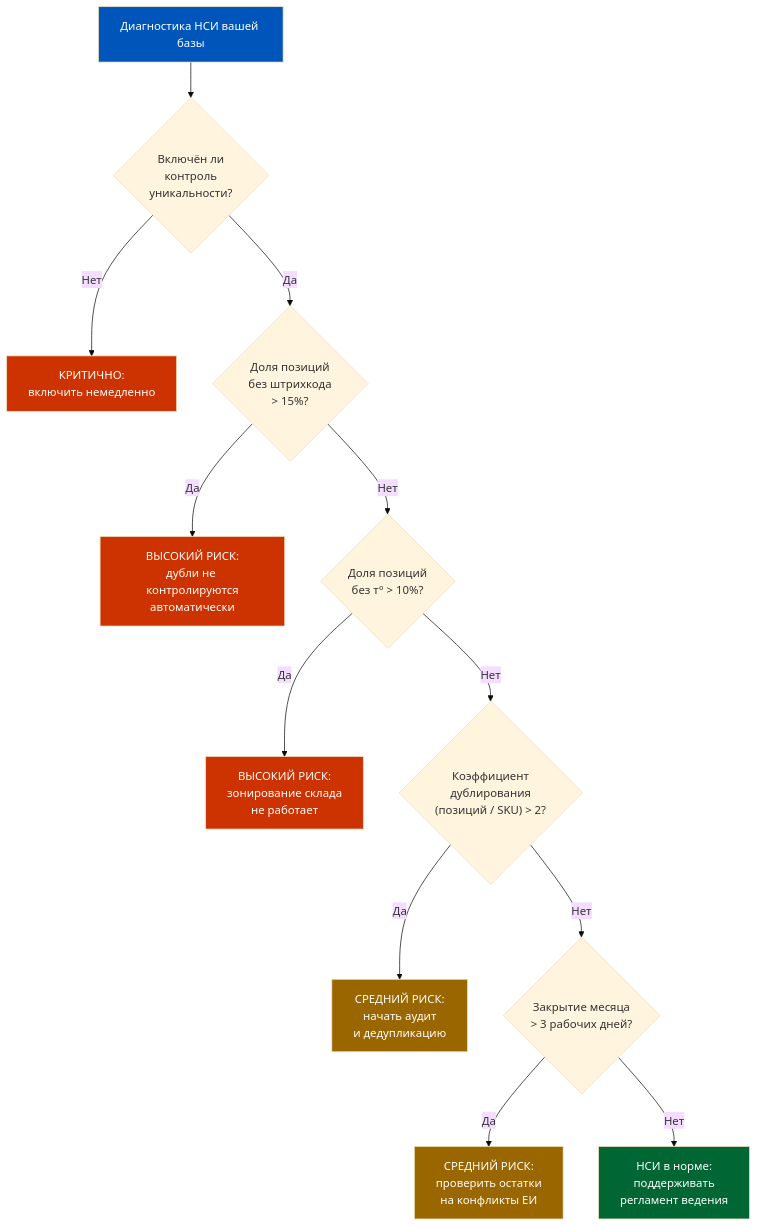
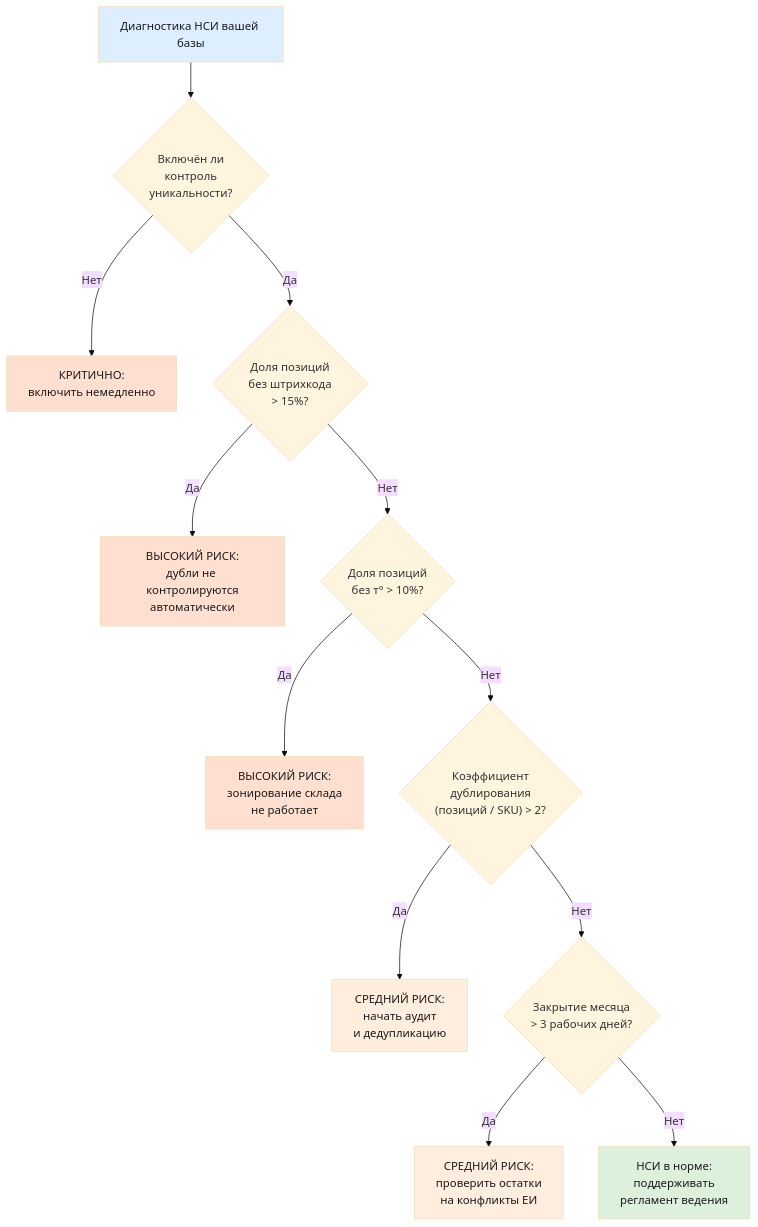
One commit to murad1986/1c-erp-quartz changed the sixth of 9 diagrams in content/1c-erp/week_2/Неделя 2 - День 7 - История грязных НСИ.md. Above: the diagram before and after it, drawn with Mermaid (base theme). The commit also changed other lines of this file and 57 other files, not shown here.

First line of the commit message:
fix: Mermaid — пастельные цвета в источниках диаграмм (56 файлов)

````diff
--- a/content/1c-erp/week_2/Неделя 2 - День 7 - История грязных НСИ.md
+++ b/content/1c-erp/week_2/Неделя 2 - День 7 - История грязных НСИ.md
@@ -519,22 +519,22 @@
 ```mermaid
 graph TD
     START["Диагностика НСИ вашей базы"] --> Q1{"Включён ли<br/>контроль<br/>уникальности?"}
     Q1 -- "Нет" --> RED1["КРИТИЧНО:<br/>включить немедленно"]
     Q1 -- "Да" --> Q2{"Доля позиций<br/>без штрихкода<br/>> 15%?"}
     Q2 -- "Да" --> RED2["ВЫСОКИЙ РИСК:<br/>дубли не контролируются<br/>автоматически"]
     Q2 -- "Нет" --> Q3{"Доля позиций<br/>без т° > 10%?"}
     Q3 -- "Да" --> RED3["ВЫСОКИЙ РИСК:<br/>зонирование склада<br/>не работает"]
     Q3 -- "Нет" --> Q4{"Коэффициент<br/>дублирования<br/>(позиций / SKU) > 2?"}
     Q4 -- "Да" --> YELLOW["СРЕДНИЙ РИСК:<br/>начать аудит<br/>и дедупликацию"]
     Q4 -- "Нет" --> Q5{"Закрытие месяца<br/>> 3 рабочих дней?"}
     Q5 -- "Да" --> YELLOW2["СРЕДНИЙ РИСК:<br/>проверить остатки<br/>на конфликты ЕИ"]
     Q5 -- "Нет" --> GREEN["НСИ в норме:<br/>поддерживать<br/>регламент ведения"]
 
-    style START fill:#0055BB,color:#fff
-    style RED1 fill:#CC3300,color:#fff
-    style RED2 fill:#CC3300,color:#fff
-    style RED3 fill:#CC3300,color:#fff
-    style YELLOW fill:#996600,color:#fff
-    style YELLOW2 fill:#996600,color:#fff
-    style GREEN fill:#006633,color:#fff
+    style START fill:#dceeff,color:#1a1a1a
+    style RED1 fill:#ffe0d0,color:#1a1a1a
+    style RED2 fill:#ffe0d0,color:#1a1a1a
+    style RED3 fill:#ffe0d0,color:#1a1a1a
+    style YELLOW fill:#ffeedd,color:#1a1a1a
+    style YELLOW2 fill:#ffeedd,color:#1a1a1a
+    style GREEN fill:#dcf0dc,color:#1a1a1a
 ```
````
